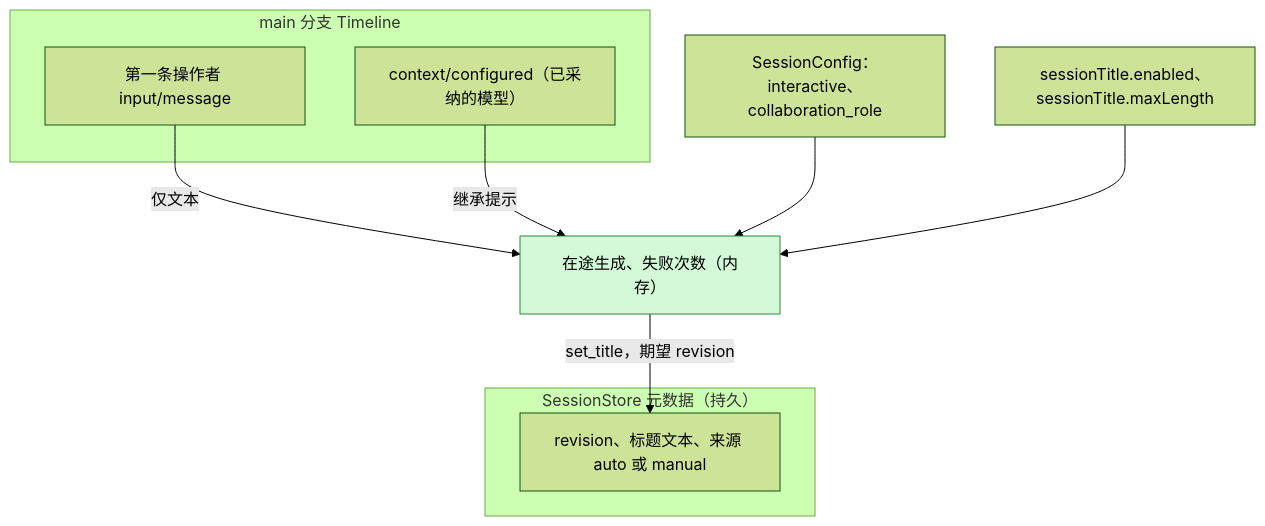
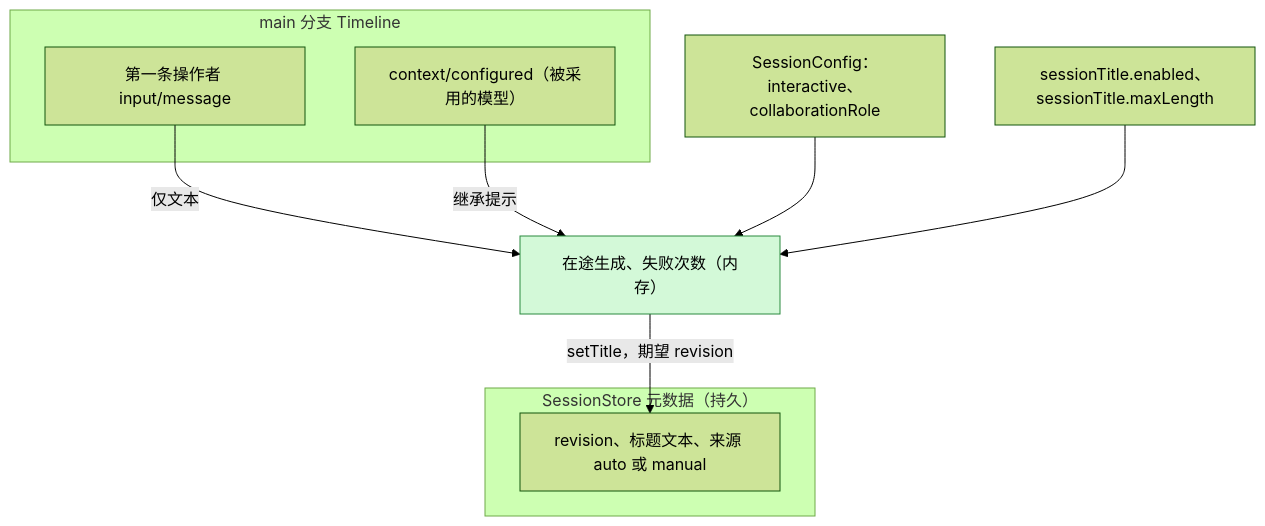
The second of 5 diagrams in docs/zh/design/plugins/SessionTitle.md (CoutinhoTTS/dim-agent), drawn with Mermaid (forest theme) before and after one commit. The commit also changed other lines of this file and 18 other files, not shown here.

````diff
--- a/docs/zh/design/plugins/SessionTitle.md
+++ b/docs/zh/design/plugins/SessionTitle.md
@@ -42,19 +42,19 @@
 ```mermaid
 flowchart TB
   subgraph TLM["main 分支 Timeline"]
     FUI["第一条操作者 input/message"]
-    CC["context/configured（已采纳的模型）"]
+    CC["context/configured（被采用的模型）"]
   end
   subgraph STORE["SessionStore 元数据（持久）"]
     MD["revision、标题文本、来源 auto 或 manual"]
   end
-  CONF["SessionConfig：interactive、collaboration_role"]
+  CONF["SessionConfig：interactive、collaborationRole"]
   CFG["sessionTitle.enabled、sessionTitle.maxLength"]
   MEM["在途生成、失败次数（内存）"]:::new
   FUI -->|"仅文本"| MEM
   CC -->|"继承提示"| MEM
   CONF --> MEM
   CFG --> MEM
-  MEM -->|"set_title，期望 revision"| MD
+  MEM -->|"setTitle，期望 revision"| MD
   classDef new fill:#d3f9d8,stroke:#2b8a3e,color:#000
 ```
````
